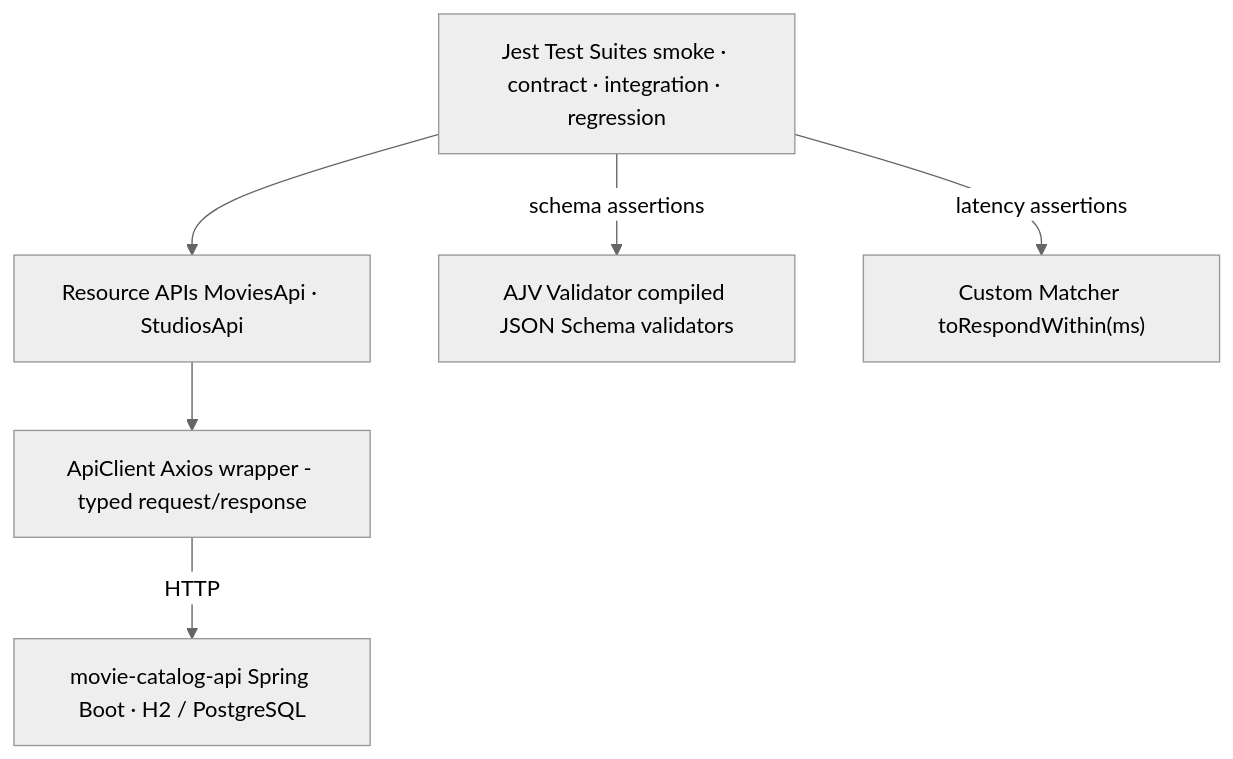
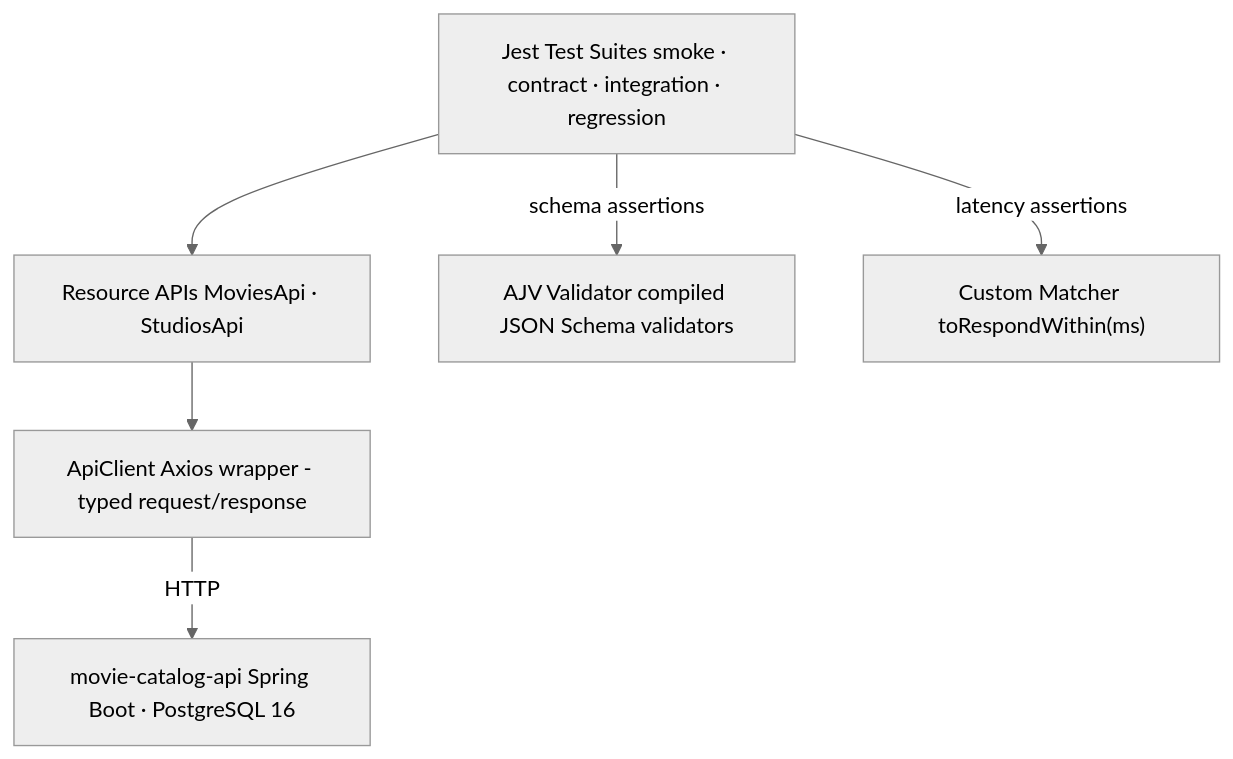
The fifth of 7 diagrams in architecture/system-architecture.md (EnesAkyel/test-strategy), drawn with Mermaid (neutral theme) before and after one commit. The commit also changed other lines of this file and 7 other files, not shown here.

Commit message:
add movie-catalog-ui and update the other documents to reflect the latest

````diff
--- a/architecture/system-architecture.md
+++ b/architecture/system-architecture.md
@@ -95,13 +99,13 @@
 ```mermaid
 flowchart TD
     T["Jest Test Suites smoke · contract · integration · regression"]
     AC["ApiClient Axios wrapper - typed request/response"]
     RA["Resource APIs MoviesApi · StudiosApi"]
     AJV["AJV Validator compiled JSON Schema validators"]
     CM["Custom Matcher toRespondWithin(ms)"]
-    APP["movie-catalog-api Spring Boot · H2 / PostgreSQL"]
+    APP["movie-catalog-api Spring Boot · PostgreSQL 16"]
 
     T --> RA --> AC -->|HTTP| APP
     T -->|"schema assertions"| AJV
     T -->|"latency assertions"| CM
 ```
````
